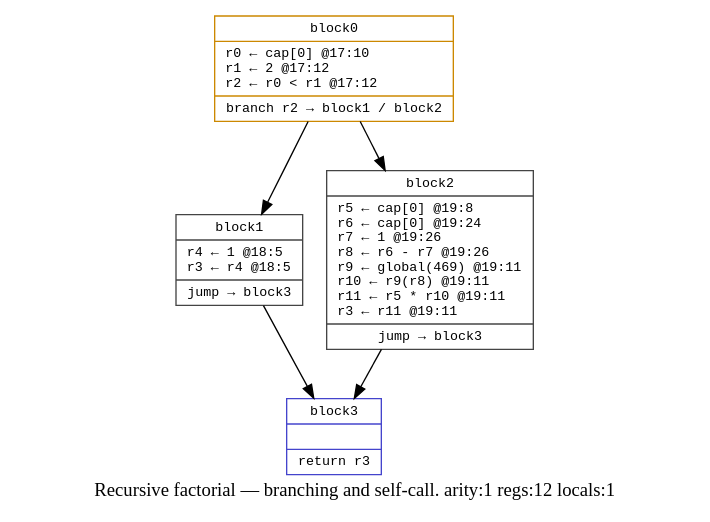
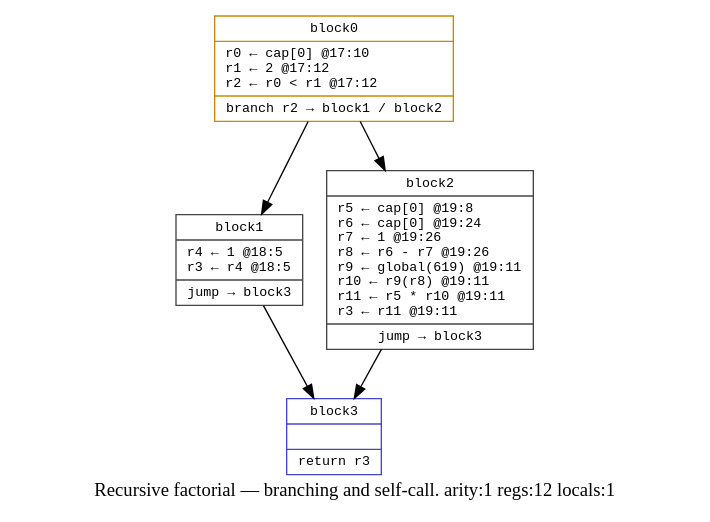
One commit to elle-lisp/elle changed the diagram in demos/cfgviz/factorial.dot. Above: the diagram before and after it, drawn with Graphviz. The commit also changed 206 other files, not shown here.

```diff
--- a/demos/cfgviz/factorial.dot
+++ b/demos/cfgviz/factorial.dot
@@ -1,12 +1,12 @@
 digraph {
   label="Recursive factorial — branching and self-call. arity:1 regs:12 locals:1";
   node [shape=record fontname="monospace" fontsize=10];
   block0 [color="#cc8800" label="{block0|r0 ← cap[0] @17:10\lr1 ← 2 @17:12\lr2 ← r0 \< r1 @17:12\l|branch r2 → block1 / block2}"];
   block0 -> block1;
   block0 -> block2;
   block1 [color="#444444" label="{block1|r4 ← 1 @18:5\lr3 ← r4 @18:5\l|jump → block3}"];
   block1 -> block3;
-  block2 [color="#444444" label="{block2|r5 ← cap[0] @19:8\lr6 ← cap[0] @19:24\lr7 ← 1 @19:26\lr8 ← r6 - r7 @19:26\lr9 ← global(469) @19:11\lr10 ← r9(r8) @19:11\lr11 ← r5 * r10 @19:11\lr3 ← r11 @19:11\l|jump → block3}"];
+  block2 [color="#444444" label="{block2|r5 ← cap[0] @19:8\lr6 ← cap[0] @19:24\lr7 ← 1 @19:26\lr8 ← r6 - r7 @19:26\lr9 ← global(619) @19:11\lr10 ← r9(r8) @19:11\lr11 ← r5 * r10 @19:11\lr3 ← r11 @19:11\l|jump → block3}"];
   block2 -> block3;
   block3 [color="#4444cc" label="{block3||return r3}"];
 }
```
